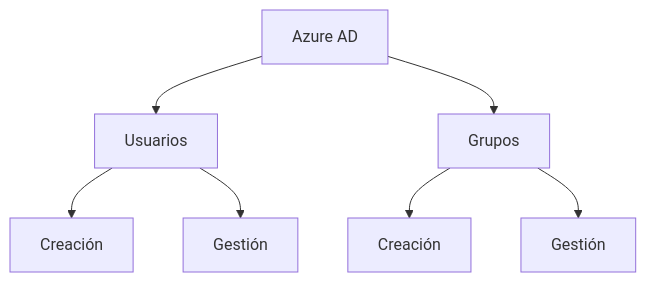
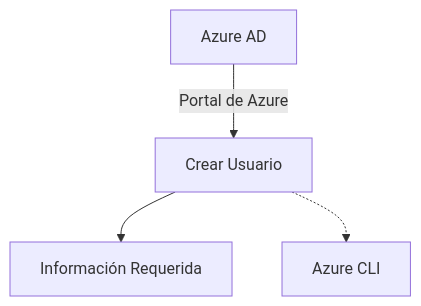
One commit to fedesantamarina/az-104 changed the first of 6 diagrams in Crear Usuarios y Grupos en Azure AD.md. Above: the diagram before and after it, drawn with Mermaid. The commit also changed other lines of this file, not shown here.

````diff
--- a/Crear Usuarios y Grupos en Azure AD.md
+++ b/Crear Usuarios y Grupos en Azure AD.md
@@ -7,9 +16,6 @@
 ```mermaid
-graph TD;
-    A[Azure AD] --> B[Usuarios];
-    A --> C[Grupos];
-    B --> D[Creación];
-    B --> E[Gestión];
-    C --> F[Creación];
-    C --> G[Gestión];
+graph TD
+  A[Azure AD] -->|Portal de Azure| B[Crear Usuario]
+  B --> C[Información Requerida]
+  B -.-> D[Azure CLI]
 ```
````
